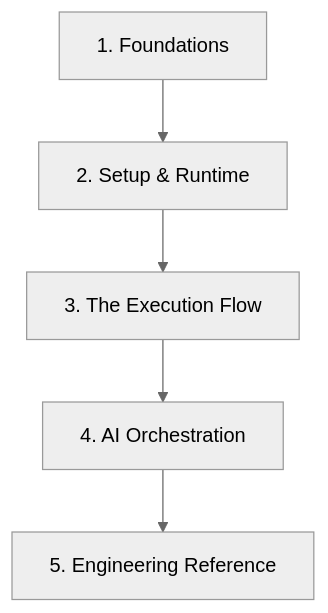
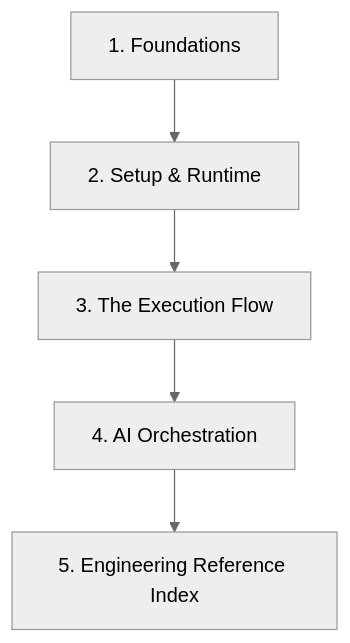
Before and after one commit to udx/dev.kit: the diagram in docs/README.md, drawn with Mermaid (neutral theme). The commit also changed other lines of this file and 15 other files, not shown here.

Commit message:
docs: reorganize reference docs into structured subdirectories and add Mermaid syntax standard (doc-reorg)

````diff
--- a/docs/README.md
+++ b/docs/README.md
@@ -5,13 +5,13 @@
 ```mermaid
 flowchart TD
     Foundations[1. Foundations] --> Setup[2. Setup & Runtime]
     Setup --> Flow[3. The Execution Flow]
     Flow --> AI[4. AI Orchestration]
-    AI --> Ref[5. Engineering Reference]
+    AI --> Ref[5. Engineering Reference Index]
 
     click Foundations "/docs/concepts/methodology.md"
     click Setup "/docs/cli/overview.md"
     click Flow "/docs/cli/execution/index.md"
     click AI "/docs/ai/README.md"
     click Ref "/docs/reference/udx-reference-index.md"
 ```
````
